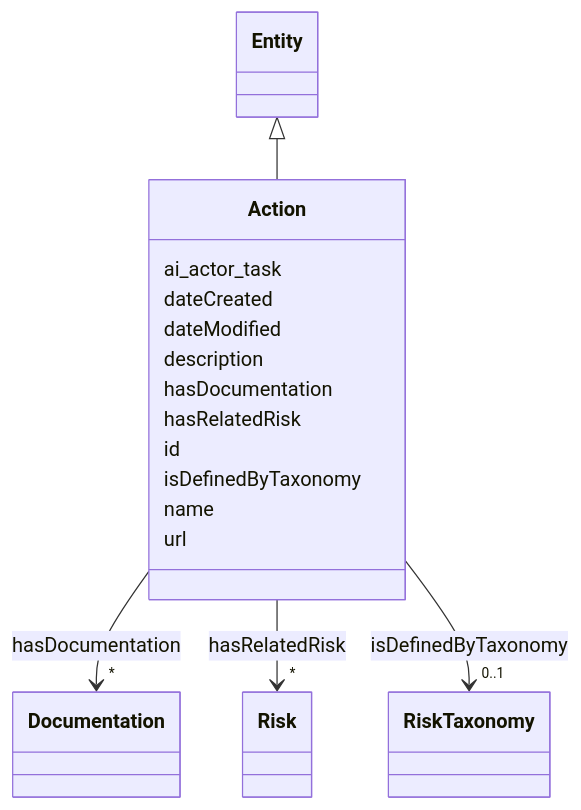
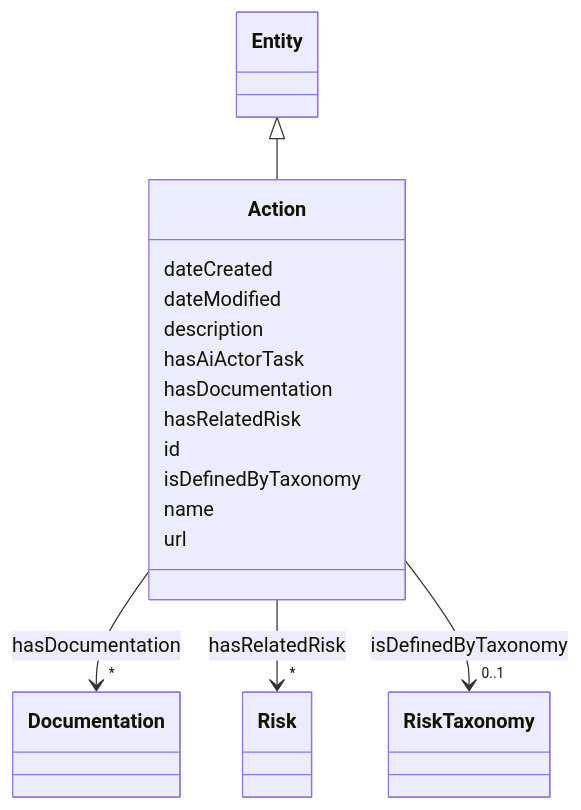
The diagram in docs/ontology/Action.md (zrlfba/risk-atlas-nexus), drawn with Mermaid before and after one commit. The commit also changed other lines of this file and 32 other files, not shown here.

Commit message:
update: change ai_actor_task from attribute to a slot hasAiActorTask

````diff
--- a/docs/ontology/Action.md
+++ b/docs/ontology/Action.md
@@ -19,50 +19,50 @@
 ```mermaid
  classDiagram
     class Action
     click Action href "../Action"
       Entity <|-- Action
         click Entity href "../Entity"
       
-      Action : ai_actor_task
-        
       Action : dateCreated
         
       Action : dateModified
         
       Action : description
+        
+      Action : hasAiActorTask
         
       Action : hasDocumentation
         
           
     
     
     Action --> "*" Documentation : hasDocumentation
     click Documentation href "../Documentation"
 
         
       Action : hasRelatedRisk
         
           
     
     
     Action --> "*" Risk : hasRelatedRisk
     click Risk href "../Risk"
 
         
       Action : id
         
       Action : isDefinedByTaxonomy
         
           
     
     
     Action --> "0..1" RiskTaxonomy : isDefinedByTaxonomy
     click RiskTaxonomy href "../RiskTaxonomy"
 
         
       Action : name
         
       Action : url
         
       
 ```
````
